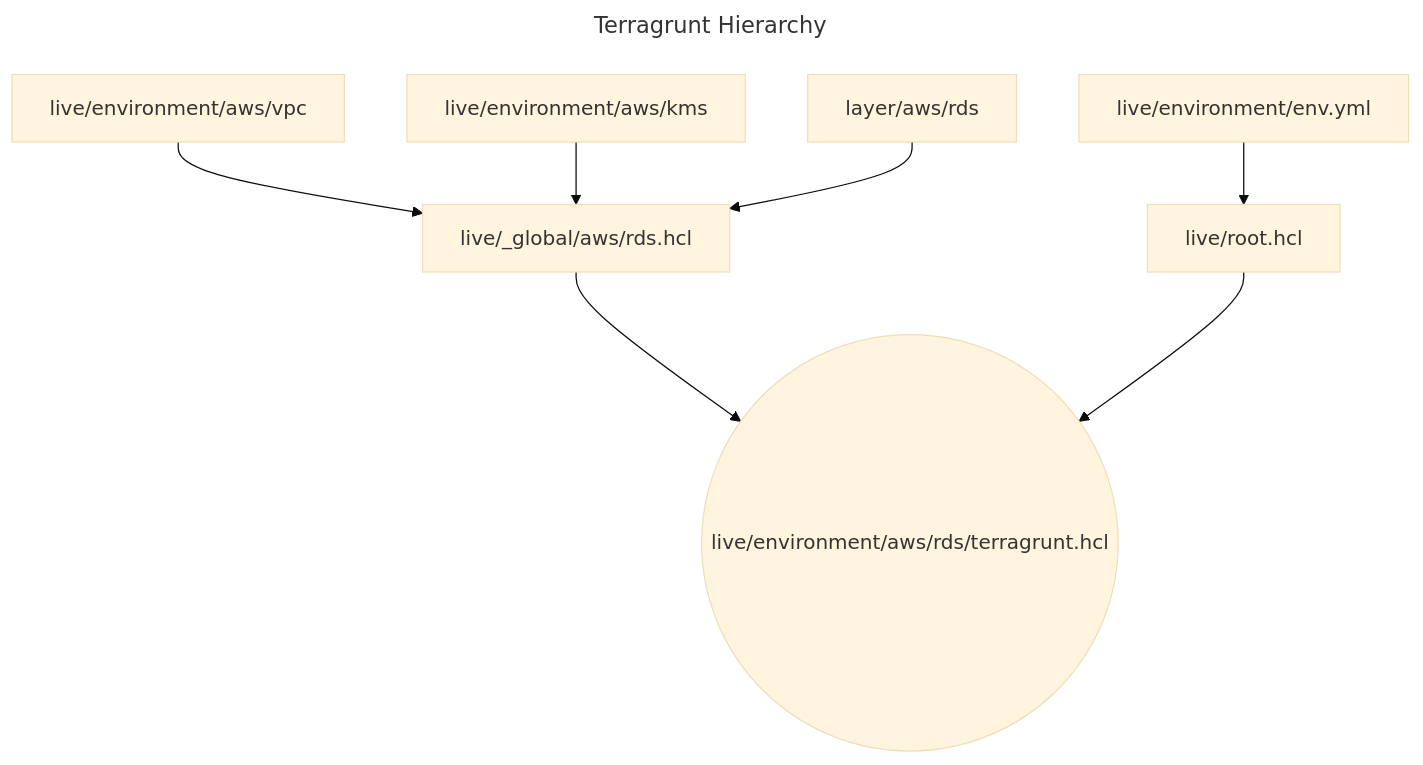
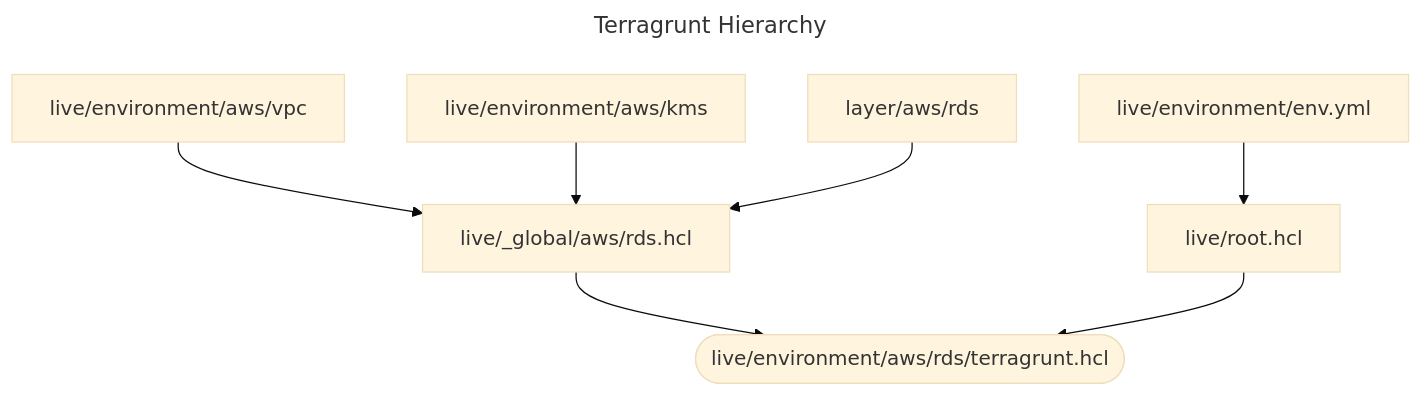
Before and after one commit to tkreque/poc: the diagram in poc-terragrunt/README.md, drawn with Mermaid (base theme).

Commit message:
Improved the solution to avoid repetition on the Terragrunt configuration (Fixed README)

````diff
--- a/poc-terragrunt/README.md
+++ b/poc-terragrunt/README.md
@@ -75,14 +75,14 @@
 ```mermaid
 ---
 title: Terragrunt Hierarchy
 config:
-  maxEdges: 600
+  width: 400
 ---
 graph TD;
-  B["live/_global/aws/rds.hcl"] --> A(("live/environment/aws/rds/terragrunt.hcl"));
+  B["live/_global/aws/rds.hcl"] --> A(["live/environment/aws/rds/terragrunt.hcl"]);
   C["live/root.hcl"] --> A;
   D["live/environment/aws/vpc"] --> B;
   E["live/environment/aws/kms"] --> B;
   F["layer/aws/rds"] --> B;
   G["live/environment/env.yml"] --> C;
 ```
````
